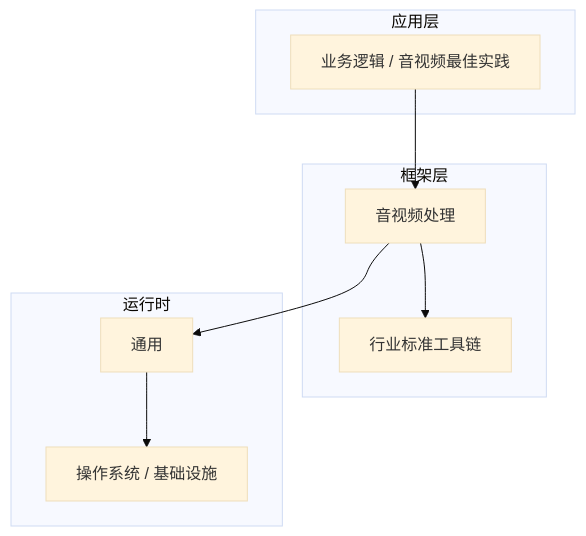
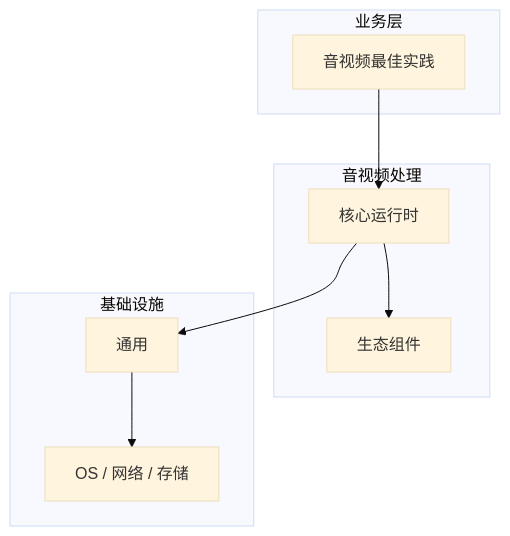
Before and after one commit to yanggan2015/knowledge-json-v2: the diagram in articles/音视频处理/chapters/076-音视频最佳实践核心概念与原理.md, drawn with Mermaid (base theme). The commit also changed other lines of this file and 10127 other files, not shown here.

````diff
--- a/articles/音视频处理/chapters/076-音视频最佳实践核心概念与原理.md
+++ b/articles/音视频处理/chapters/076-音视频最佳实践核心概念与原理.md
@@ -45,18 +34,18 @@
 ```mermaid
 graph TB
-    subgraph 应用层
-        A[业务逻辑 / 音视频最佳实践]
+    subgraph 业务层
+        A[音视频最佳实践]
     end
-    subgraph 框架层
-        B[音视频处理]
-        C[行业标准工具链]
+    subgraph 音视频处理
+        B[核心运行时]
+        C[生态组件]
     end
-    subgraph 运行时
+    subgraph 基础设施
         D[通用]
-        E[操作系统 / 基础设施]
+        E[OS / 网络 / 存储]
     end
     A --> B
     B --> C
     B --> D
     D --> E
 ```
````
